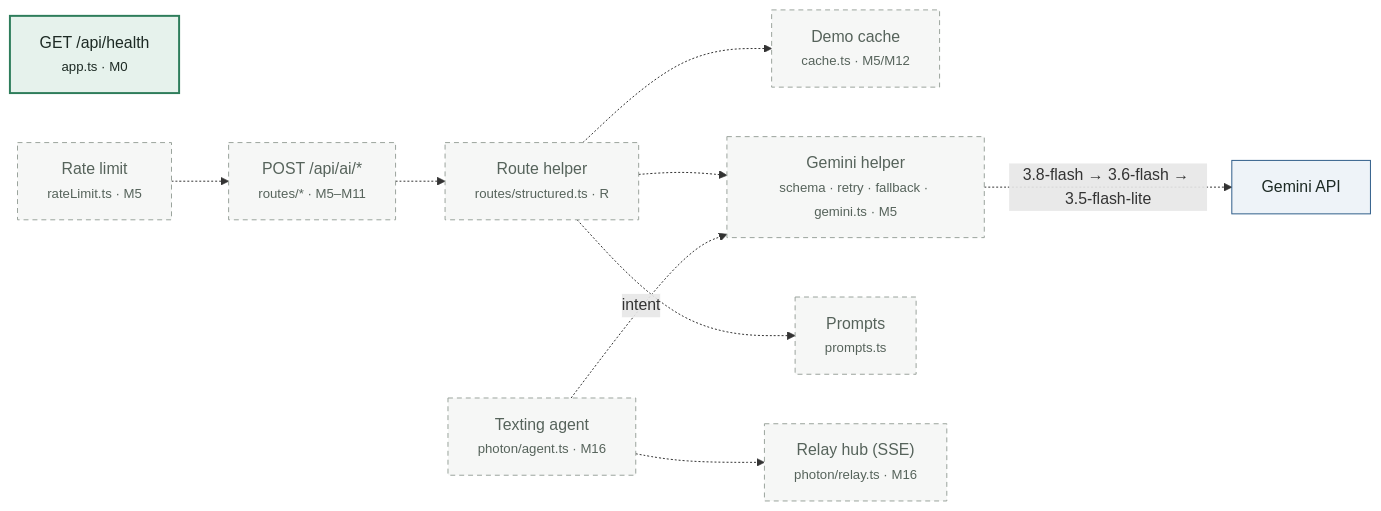
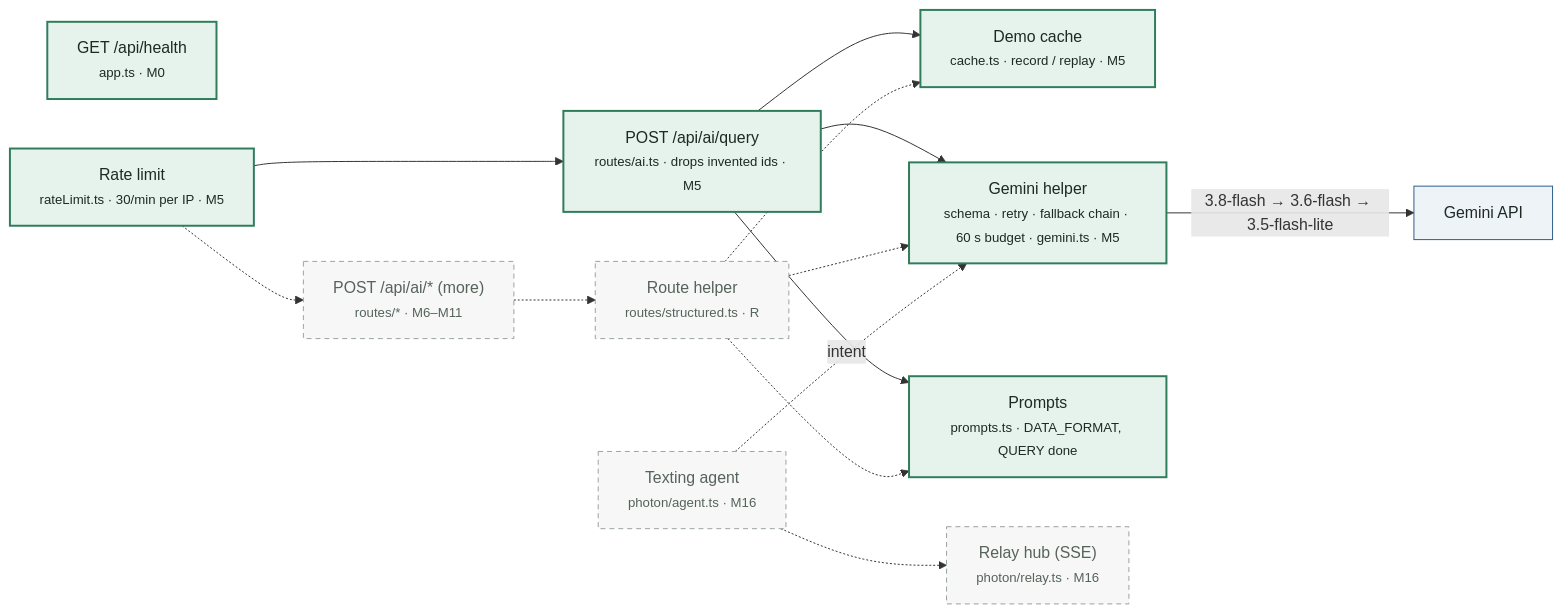
The third of 3 diagrams in docs/ARCHITECTURE.md (trafwel/ConnectWork), drawn with Mermaid before and after one commit. The commit also changed other lines of this file and 24 other files, not shown here.

````diff
--- a/docs/ARCHITECTURE.md
+++ b/docs/ARCHITECTURE.md
@@ -100,26 +103,31 @@
 ```mermaid
 flowchart LR
   Health["GET /api/health<br/><small>app.ts · M0</small>"]:::built
-  Limit["Rate limit<br/><small>rateLimit.ts · M5</small>"]:::planned
-  Routes["POST /api/ai/*<br/><small>routes/* · M5–M11</small>"]:::planned
+  Limit["Rate limit<br/><small>rateLimit.ts · 30/min per IP · M5</small>"]:::built
+  Query["POST /api/ai/query<br/><small>routes/ai.ts · drops invented ids · M5</small>"]:::built
+  Routes["POST /api/ai/* (more)<br/><small>routes/* · M6–M11</small>"]:::planned
   Helper["Route helper<br/><small>routes/structured.ts · R</small>"]:::planned
-  Cache["Demo cache<br/><small>cache.ts · M5/M12</small>"]:::planned
-  GeminiH["Gemini helper<br/><small>schema · retry · fallback · gemini.ts · M5</small>"]:::planned
-  Prompts["Prompts<br/><small>prompts.ts</small>"]:::planned
+  Cache["Demo cache<br/><small>cache.ts · record / replay · M5</small>"]:::built
+  GeminiH["Gemini helper<br/><small>schema · retry · fallback chain · 60 s budget · gemini.ts · M5</small>"]:::built
+  Prompts["Prompts<br/><small>prompts.ts · DATA_FORMAT, QUERY done</small>"]:::built
   Agent["Texting agent<br/><small>photon/agent.ts · M16</small>"]:::planned
   Hub["Relay hub (SSE)<br/><small>photon/relay.ts · M16</small>"]:::planned
   Gemini["Gemini API"]:::external
 
+  Limit --> Query
+  Query --> Cache
+  Query --> GeminiH
+  Query --> Prompts
   Limit -.-> Routes
   Routes -.-> Helper
   Helper -.-> Cache
   Helper -.-> GeminiH
   Helper -.-> Prompts
-  GeminiH -.->|"3.8-flash → 3.6-flash → 3.5-flash-lite"| Gemini
+  GeminiH -->|"3.8-flash → 3.6-flash → 3.5-flash-lite"| Gemini
   Agent -.->|"intent"| GeminiH
   Agent -.-> Hub
 
   classDef built fill:#e6f2ec,stroke:#2e7d5b,stroke-width:2px,color:#1d2a24;
   classDef planned fill:#f6f7f6,stroke:#9aa39c,stroke-dasharray:5 4,color:#56635b;
   classDef external fill:#eef3f8,stroke:#2f5d8a,color:#1d2a24;
 ```
````
